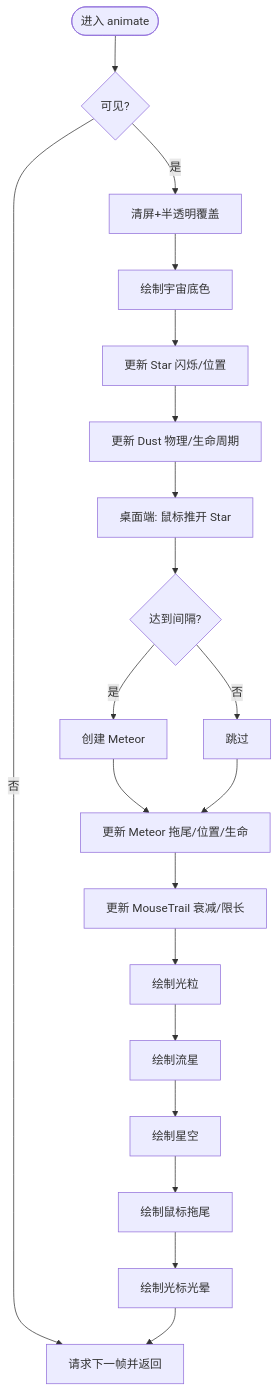
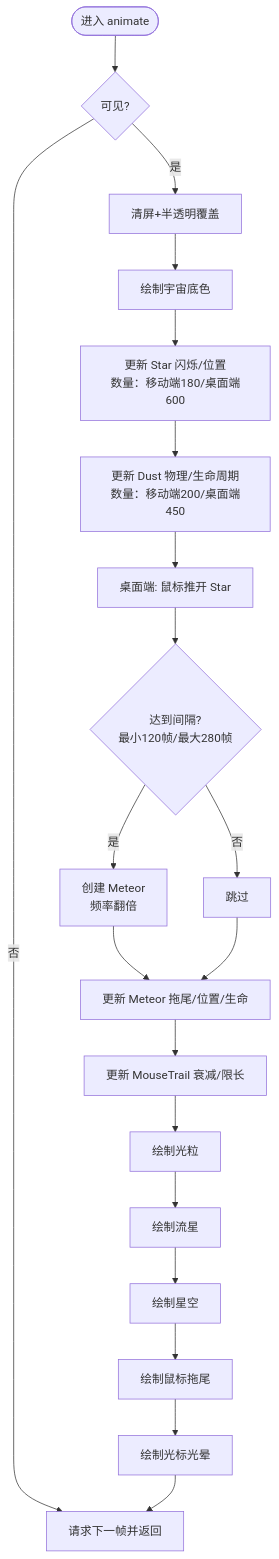
Before and after one commit to Primoguo/naolizhi.cn: the third of 5 diagrams in .qoder/repowiki/zh/content/核心功能模块/粒子装饰系统.md, drawn with Mermaid. The commit also changed other lines of this file and 23 other files, not shown here.

````diff
--- a/.qoder/repowiki/zh/content/核心功能模块/粒子装饰系统.md
+++ b/.qoder/repowiki/zh/content/核心功能模块/粒子装饰系统.md
@@ -166,22 +185,22 @@
 ```mermaid
 flowchart TD
 Start(["进入 animate"]) --> CheckVis{"可见?"}
 CheckVis --> |否| NextFrame["请求下一帧并返回"]
 CheckVis --> |是| Clear["清屏+半透明覆盖"]
 Clear --> Cosmic["绘制宇宙底色"]
-Cosmic --> UpdateStars["更新 Star 闪烁/位置"]
-UpdateStars --> UpdateDust["更新 Dust 物理/生命周期"]
+Cosmic --> UpdateStars["更新 Star 闪烁/位置<br/>数量：移动端180/桌面端600"]
+UpdateStars --> UpdateDust["更新 Dust 物理/生命周期<br/>数量：移动端200/桌面端450"]
 UpdateDust --> PushStars["桌面端: 鼠标推开 Star"]
-PushStars --> SpawnMeteor{"达到间隔?"}
-SpawnMeteor --> |是| CreateMeteor["创建 Meteor"]
+PushStars --> SpawnMeteor{"达到间隔?<br/>最小120帧/最大280帧"}
+SpawnMeteor --> |是| CreateMeteor["创建 Meteor<br/>频率翻倍"]
 SpawnMeteor --> |否| SkipSpawn["跳过"]
 CreateMeteor --> UpdateMeteors["更新 Meteor 拖尾/位置/生命"]
 SkipSpawn --> UpdateMeteors
 UpdateMeteors --> UpdateTrails["更新 MouseTrail 衰减/限长"]
 UpdateTrails --> DrawLayer1["绘制光粒"]
 DrawLayer1 --> DrawLayer2["绘制流星"]
 DrawLayer2 --> DrawLayer3["绘制星空"]
 DrawLayer3 --> DrawLayer4["绘制鼠标拖尾"]
 DrawLayer4 --> DrawLayer5["绘制光标光晕"]
 DrawLayer5 --> NextFrame
 ```
````
